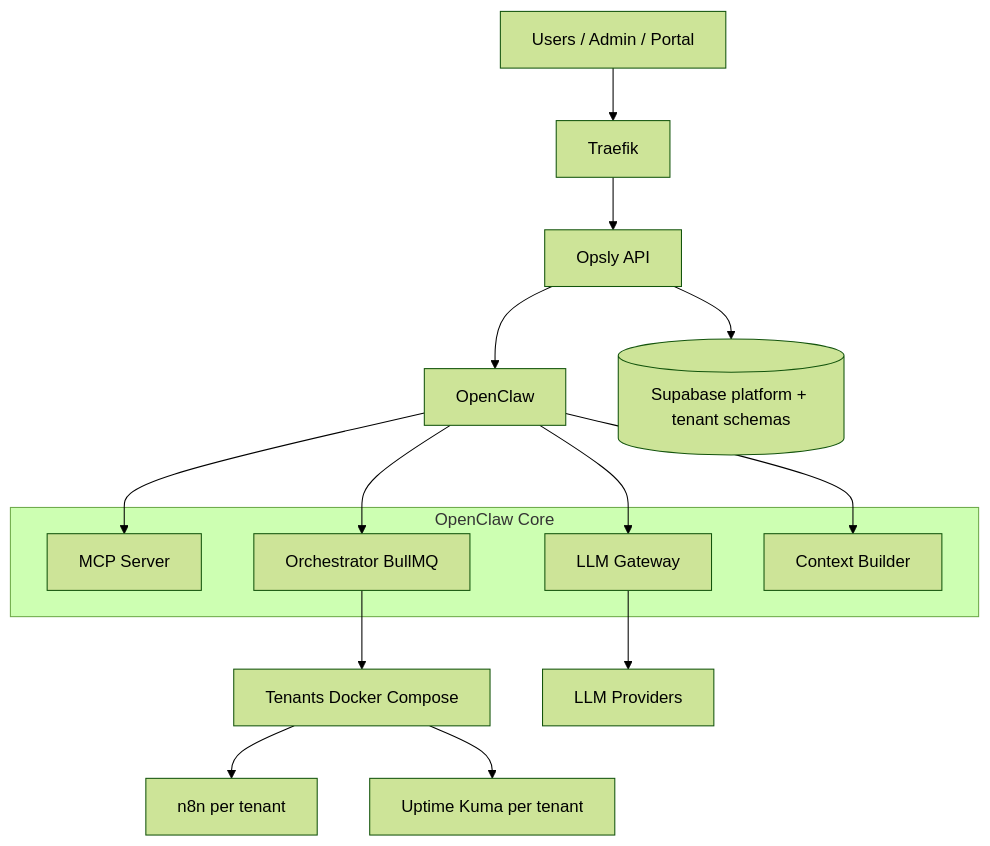
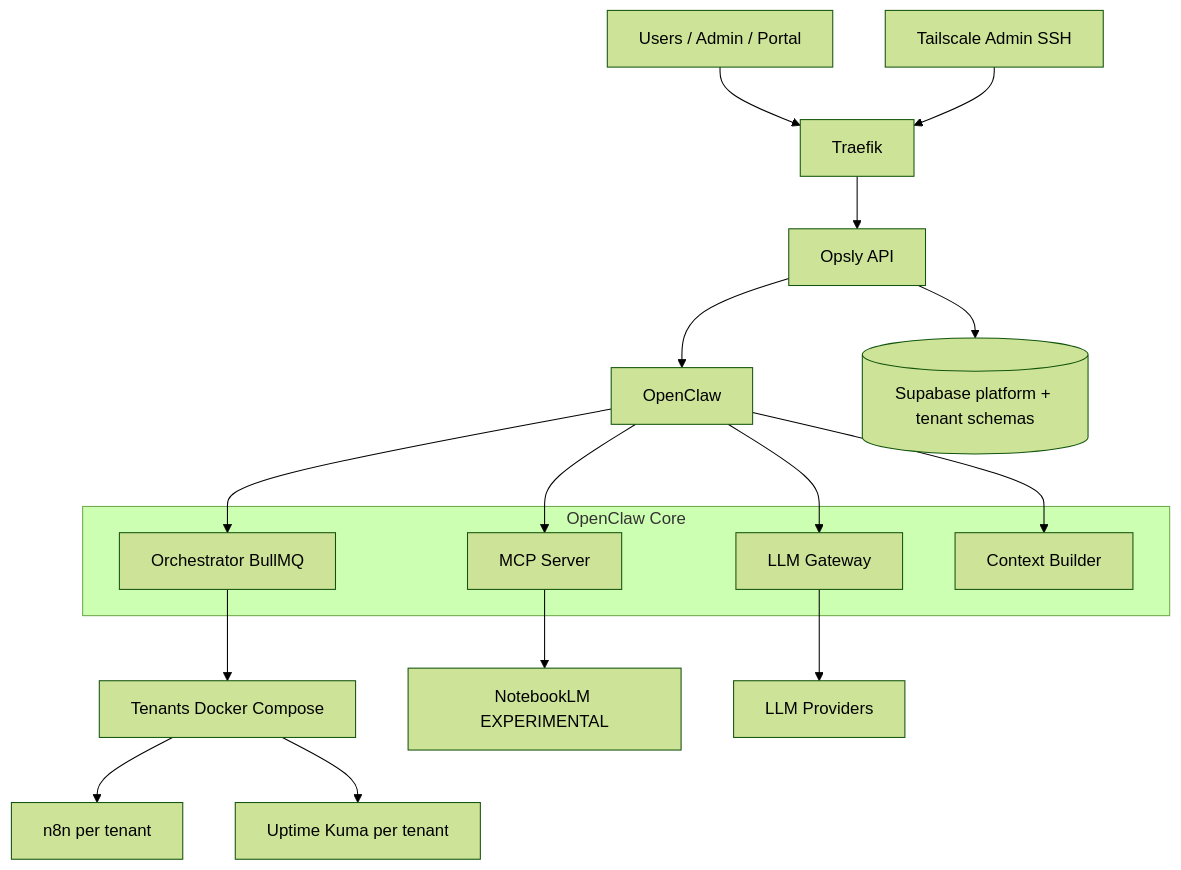
One commit to cloudsysops/opsly changed the diagram in VISION.md. Above: the diagram before and after it, drawn with Mermaid (forest theme). The commit also changed other lines of this file and 2 other files, not shown here.

First line of the commit message:
docs(architecture): fully update AGENTS.md and VISION.md with OpenClaw ecosystem details and future-proof improvements

````diff
--- a/VISION.md
+++ b/VISION.md
@@ -191,24 +202,26 @@
 ```mermaid
 flowchart TB
   U[Users / Admin / Portal] --> TR[Traefik]
+  A[Tailscale Admin SSH] --> TR
   TR --> API[Opsly API]
   API --> OC[OpenClaw]
 
   subgraph OPENCLAW[OpenClaw Core]
     MCP[MCP Server]
     ORCH[Orchestrator BullMQ]
     LLMG[LLM Gateway]
     CB[Context Builder]
   end
 
   OC --> MCP
   OC --> ORCH
   OC --> LLMG
   OC --> CB
 
   ORCH --> TEN[Tenants Docker Compose]
   TEN --> N8N[n8n per tenant]
   TEN --> UK[Uptime Kuma per tenant]
+  MCP --> NB[NotebookLM EXPERIMENTAL]
   API --> SUP[(Supabase platform + tenant schemas)]
   LLMG --> MODELS[LLM Providers]
 ```
````
